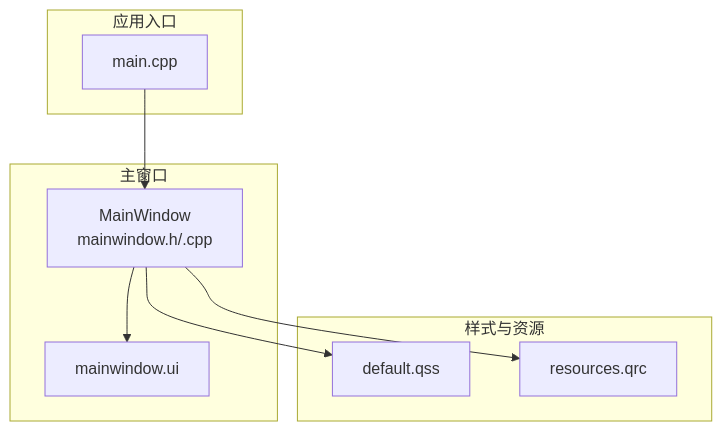
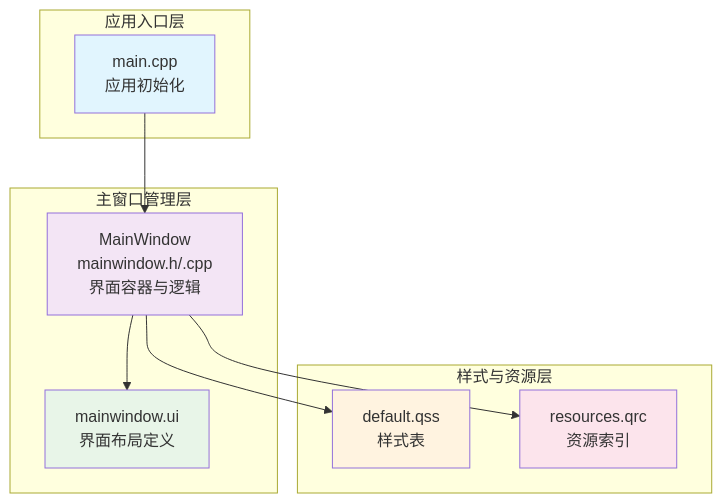
The second of 4 diagrams in .qoder/repowiki/zh/content/项目概述.md (jakecai1225-design/OpenBus), drawn with Mermaid before and after one commit. The commit also changed other lines of this file and 29 other files, not shown here.

````diff
--- a/.qoder/repowiki/zh/content/项目概述.md
+++ b/.qoder/repowiki/zh/content/项目概述.md
@@ -96,18 +120,23 @@
 ```mermaid
 graph TB
-subgraph "应用入口"
-M["main.cpp"]
+subgraph "应用入口层"
+M["main.cpp<br/>应用初始化"]
 end
-subgraph "主窗口"
-MW["MainWindow<br/>mainwindow.h/.cpp"]
-UI["mainwindow.ui"]
+subgraph "主窗口管理层"
+MW["MainWindow<br/>mainwindow.h/.cpp<br/>界面容器与逻辑"]
+UI["mainwindow.ui<br/>界面布局定义"]
 end
-subgraph "样式与资源"
-QSS["default.qss"]
-QRC["resources.qrc"]
+subgraph "样式与资源层"
+QSS["default.qss<br/>样式表"]
+QRC["resources.qrc<br/>资源索引"]
 end
 M --> MW
 MW --> UI
 MW --> QSS
 MW --> QRC
+style M fill:#e1f5fe
+style MW fill:#f3e5f5
+style UI fill:#e8f5e8
+style QSS fill:#fff3e0
+style QRC fill:#fce4ec
 ```
````
